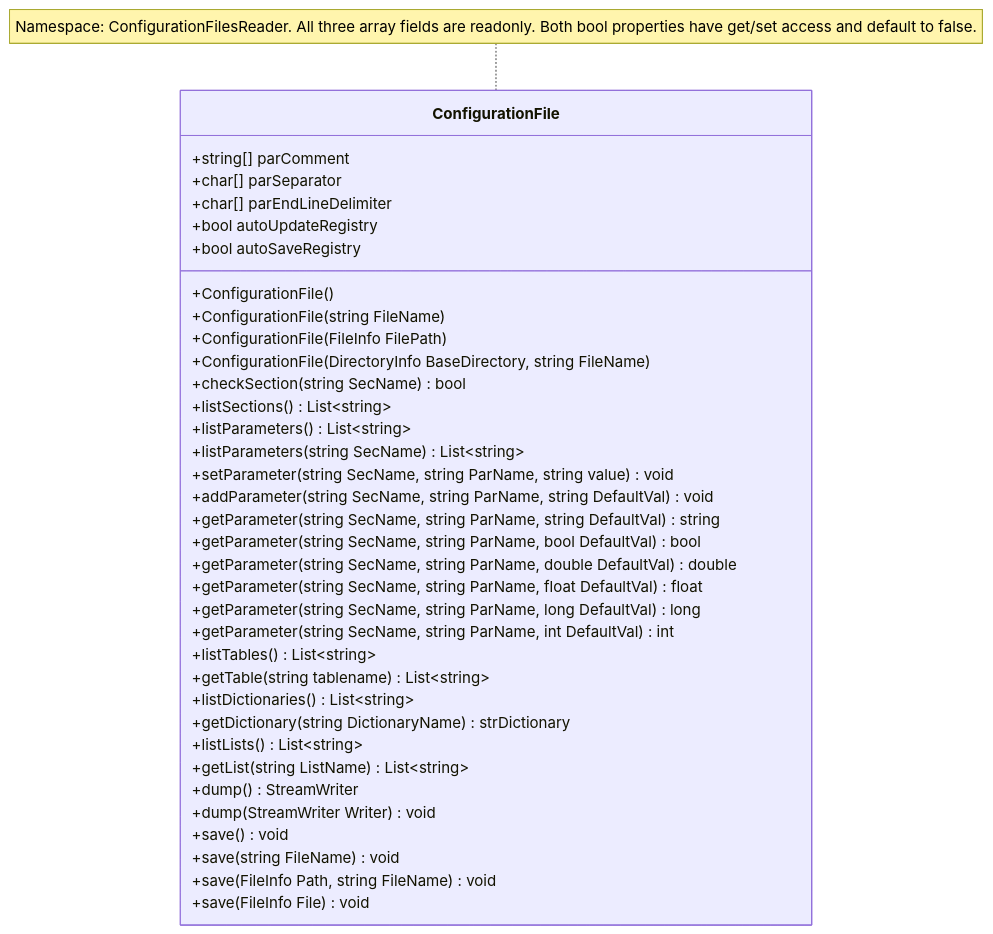
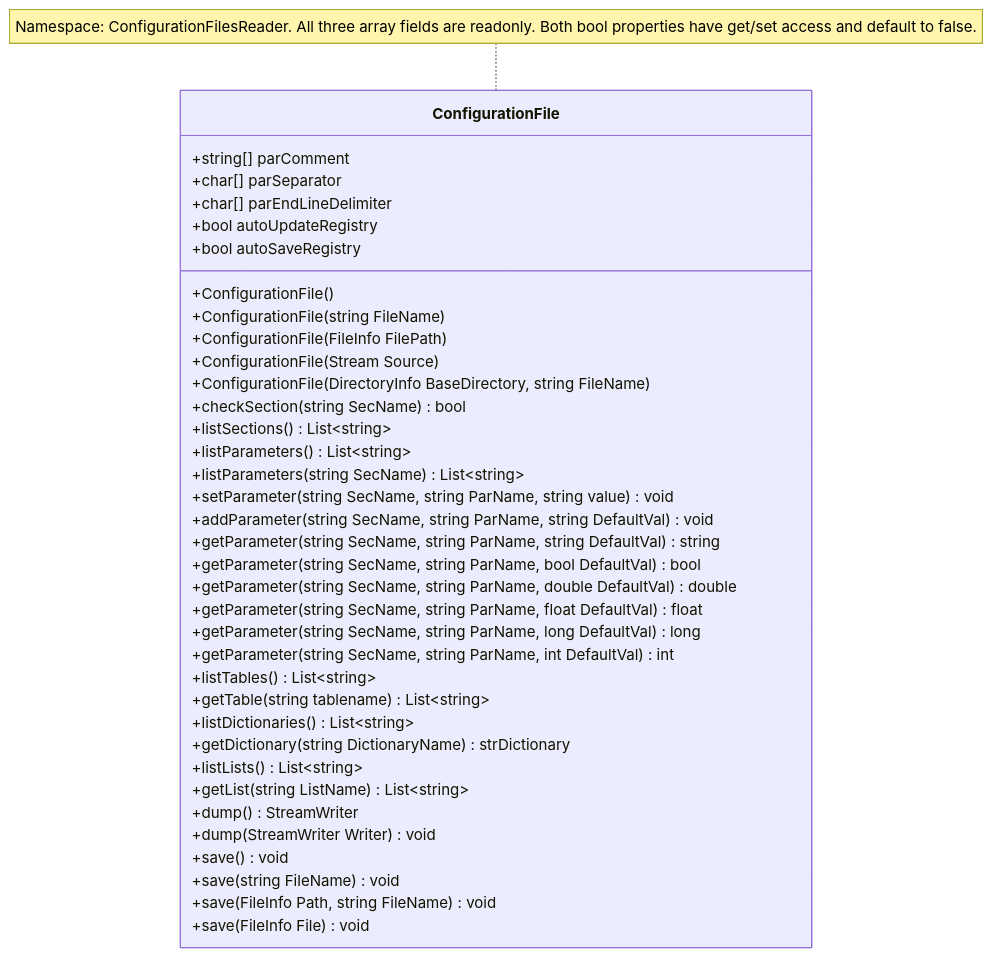
One commit to delloiaconos/IniLike changed the diagram in README.md. Above: the diagram before and after it, drawn with Mermaid. The commit also changed other lines of this file and 3 other files, not shown here.

````diff
--- a/README.md
+++ b/README.md
@@ -129,45 +152,46 @@
 ```mermaid
 classDiagram
     class ConfigurationFile {
         %% Shared settings and constructors
         +string[] parComment
         +char[] parSeparator
         +char[] parEndLineDelimiter
         +bool autoUpdateRegistry
         +bool autoSaveRegistry
         +ConfigurationFile()
         +ConfigurationFile(string FileName)
         +ConfigurationFile(FileInfo FilePath)
+        +ConfigurationFile(Stream Source)
         +ConfigurationFile(DirectoryInfo BaseDirectory, string FileName)
         %% Sections and parameters
         +checkSection(string SecName) bool
         +listSections() List~string~
         +listParameters() List~string~
         +listParameters(string SecName) List~string~
         +setParameter(string SecName, string ParName, string value) void
         +addParameter(string SecName, string ParName, string DefaultVal) void
         +getParameter(string SecName, string ParName, string DefaultVal) string
         +getParameter(string SecName, string ParName, bool DefaultVal) bool
         +getParameter(string SecName, string ParName, double DefaultVal) double
         +getParameter(string SecName, string ParName, float DefaultVal) float
         +getParameter(string SecName, string ParName, long DefaultVal) long
         +getParameter(string SecName, string ParName, int DefaultVal) int
         %% Tables
         +listTables() List~string~
         +getTable(string tablename) List~string~
         %% Dictionaries
         +listDictionaries() List~string~
         +getDictionary(string DictionaryName) strDictionary
         %% Lists
         +listLists() List~string~
         +getList(string ListName) List~string~
         %% Persistence
         +dump() StreamWriter
         +dump(StreamWriter Writer) void
         +save() void
         +save(string FileName) void
         +save(FileInfo Path, string FileName) void
         +save(FileInfo File) void
     }
     note for ConfigurationFile "Namespace: ConfigurationFilesReader. All three array fields are readonly. Both bool properties have get/set access and default to false."
 ```
````
